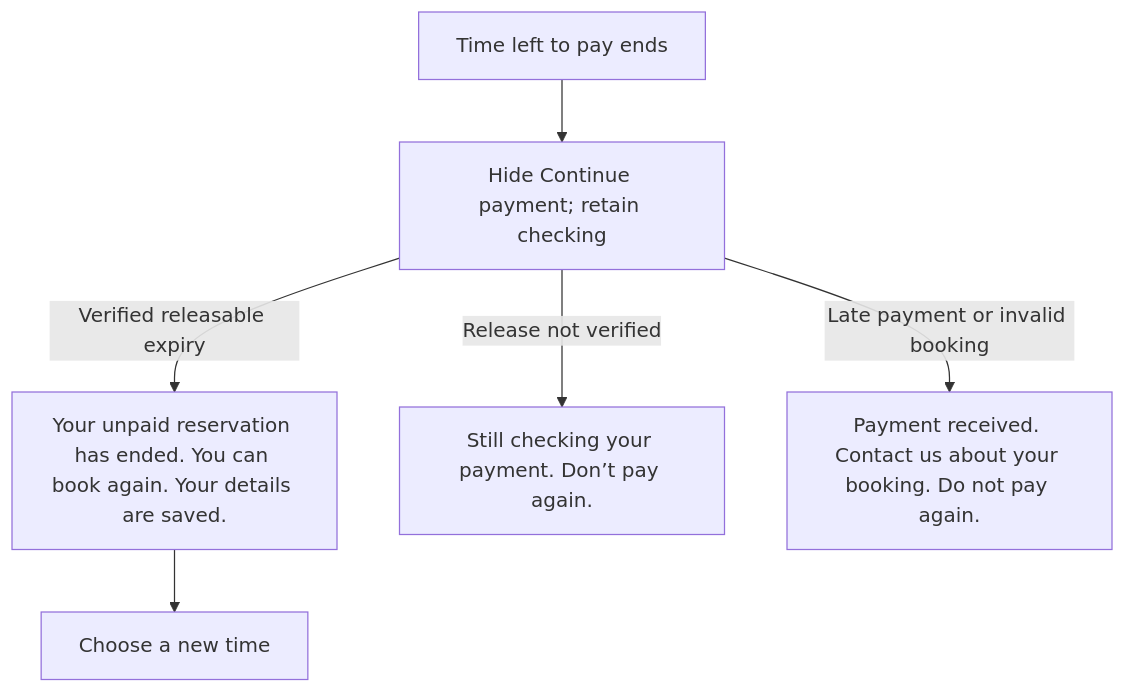
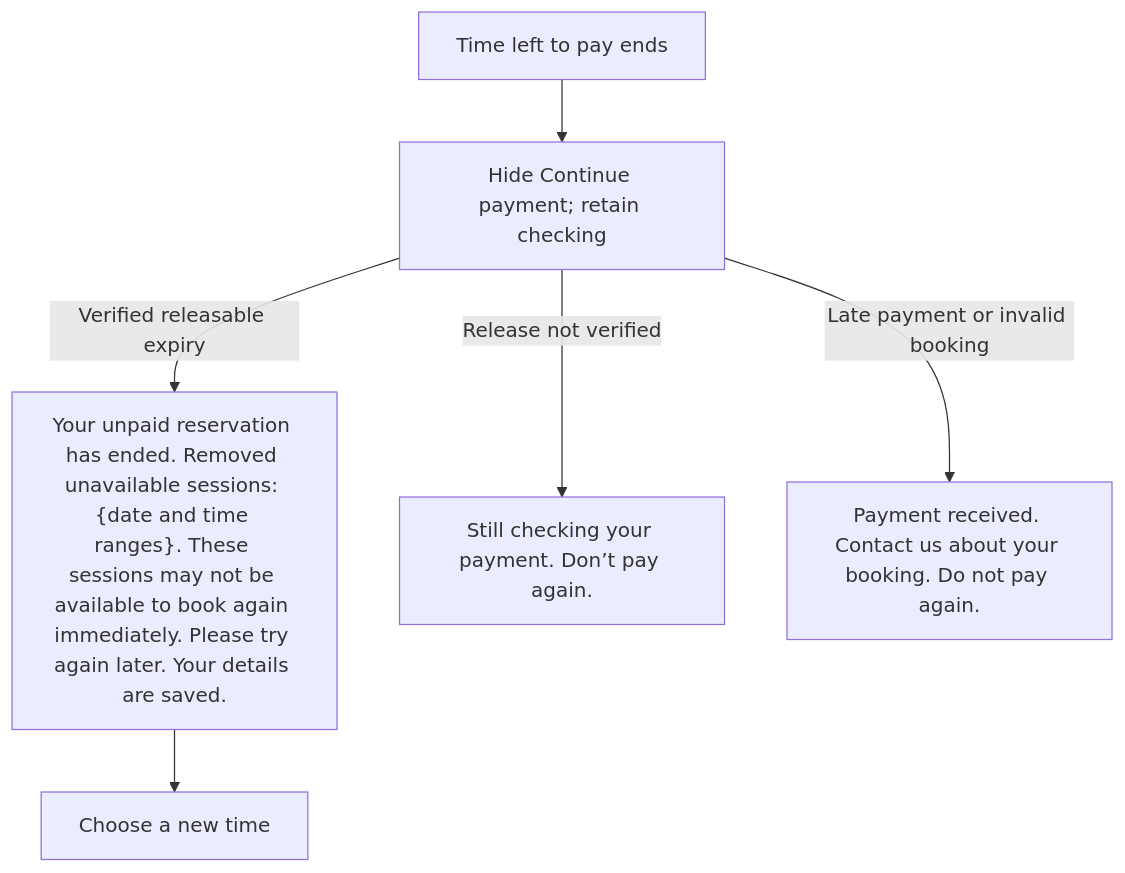
Before and after one commit to soccerbotstudiosg/soccerbotstudioSG: diagram 13 of 19 in docs/booking-flows.md, drawn with Mermaid. The commit also changed other lines of this file and 89 other files, not shown here.

````diff
--- a/docs/booking-flows.md
+++ b/docs/booking-flows.md
@@ -189,8 +201,8 @@
 ```mermaid
 flowchart TD
   A["Time left to pay ends"] --> B["Hide Continue payment; retain checking"]
-  B -->|Verified releasable expiry| C["Your unpaid reservation has ended. You can book again. Your details are saved."]
+  B -->|Verified releasable expiry| C["Your unpaid reservation has ended. Removed unavailable sessions: {date and time ranges}. These sessions may not be available to book again immediately. Please try again later. Your details are saved."]
   B -->|Release not verified| D["Still checking your payment. Don’t pay again."]
   B -->|Late payment or invalid booking| E["Payment received. Contact us about your booking. Do not pay again."]
   C --> F["Choose a new time"]
 ```
````
